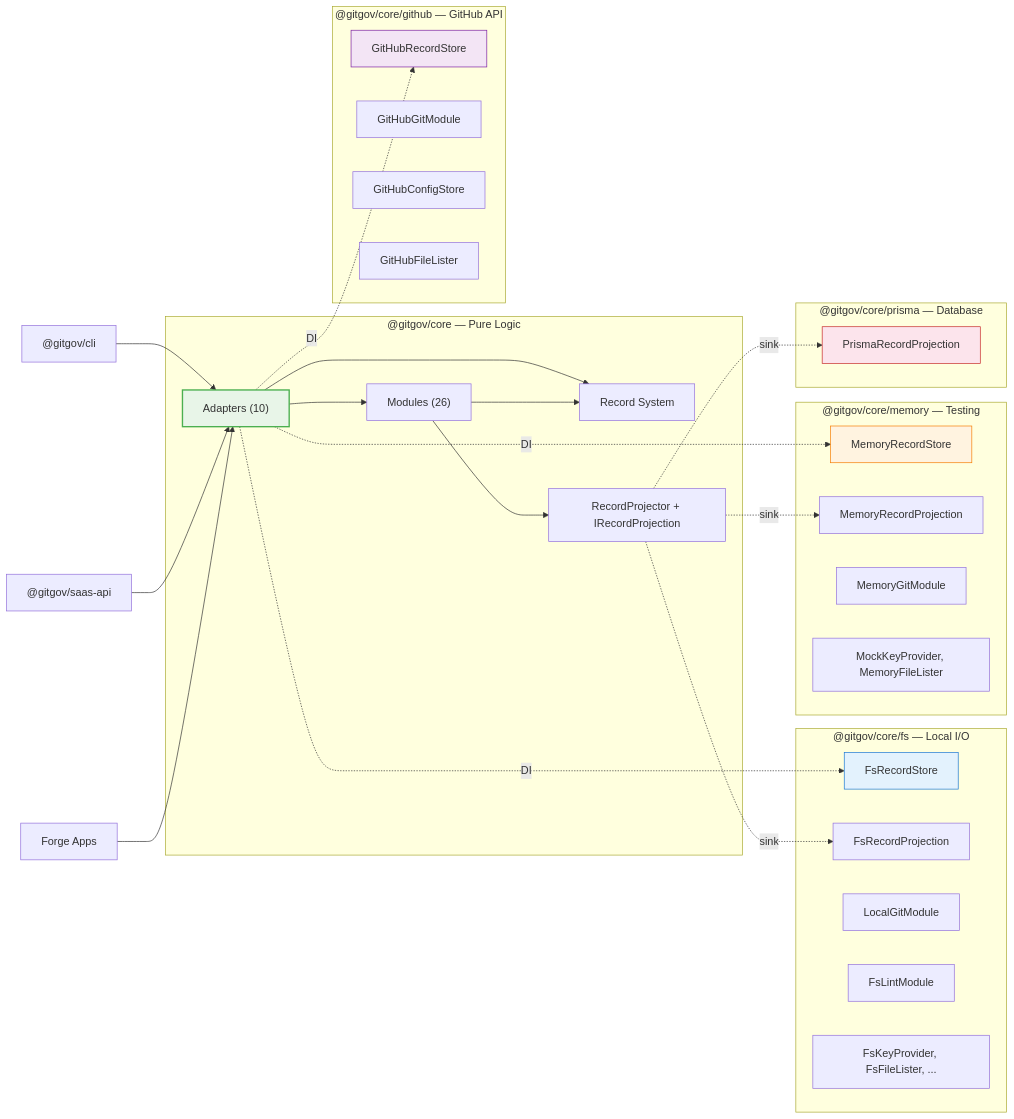
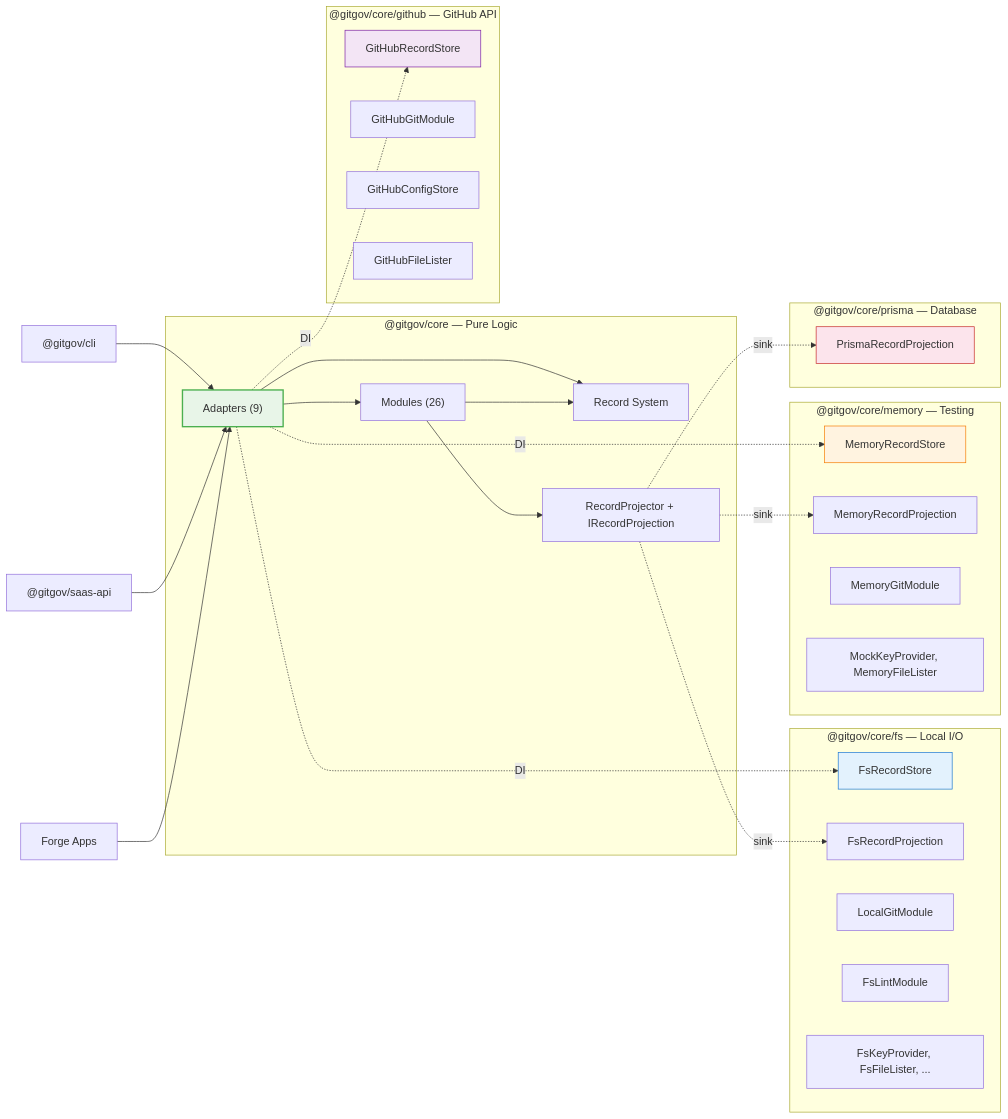
One commit to gitgovernance/monorepo changed the diagram in packages/core/README.md. Above: the diagram before and after it, drawn with Mermaid. The commit also changed other lines of this file, not shown here.

Commit message:
fix(core): update README record and adapter counts after changelog removal

````diff
--- a/packages/core/README.md
+++ b/packages/core/README.md
@@ -115,57 +115,57 @@
 ```mermaid
 graph LR
     subgraph "@gitgov/core — Pure Logic"
-        Adapters["Adapters (10)"]
+        Adapters["Adapters (9)"]
         Modules["Modules (26)"]
         Records["Record System"]
         Projection["RecordProjector + IRecordProjection"]
 
         Adapters --> Modules
         Adapters --> Records
         Modules --> Records
         Modules --> Projection
     end
 
     subgraph "@gitgov/core/fs — Local I/O"
         FsStore["FsRecordStore"]
         FsProjection["FsRecordProjection"]
         FsGit["LocalGitModule"]
         FsLint["FsLintModule"]
         FsOther["FsKeyProvider, FsFileLister, ..."]
     end
 
     subgraph "@gitgov/core/github — GitHub API"
         GhStore["GitHubRecordStore"]
         GhGit["GitHubGitModule"]
         GhConfig["GitHubConfigStore"]
         GhFiles["GitHubFileLister"]
     end
 
     subgraph "@gitgov/core/memory — Testing"
         MemStore["MemoryRecordStore"]
         MemProjection["MemoryRecordProjection"]
         MemGit["MemoryGitModule"]
         MemOther["MockKeyProvider, MemoryFileLister"]
     end
 
     subgraph "@gitgov/core/prisma — Database"
         PrismaProjection["PrismaRecordProjection"]
     end
 
     Adapters -.->|DI| FsStore
     Adapters -.->|DI| GhStore
     Adapters -.->|DI| MemStore
     Projection -.->|sink| FsProjection
     Projection -.->|sink| MemProjection
     Projection -.->|sink| PrismaProjection
 
     CLI["@gitgov/cli"] --> Adapters
     SaaS["@gitgov/saas-api"] --> Adapters
     Forge["Forge Apps"] --> Adapters
 
     style Adapters fill:#e8f5e8,stroke:#4caf50,stroke-width:2px
     style FsStore fill:#e3f2fd,stroke:#1976d2
     style GhStore fill:#f3e5f5,stroke:#7b1fa2
     style MemStore fill:#fff3e0,stroke:#f57c00
     style PrismaProjection fill:#fce4ec,stroke:#c62828
 ```
````
